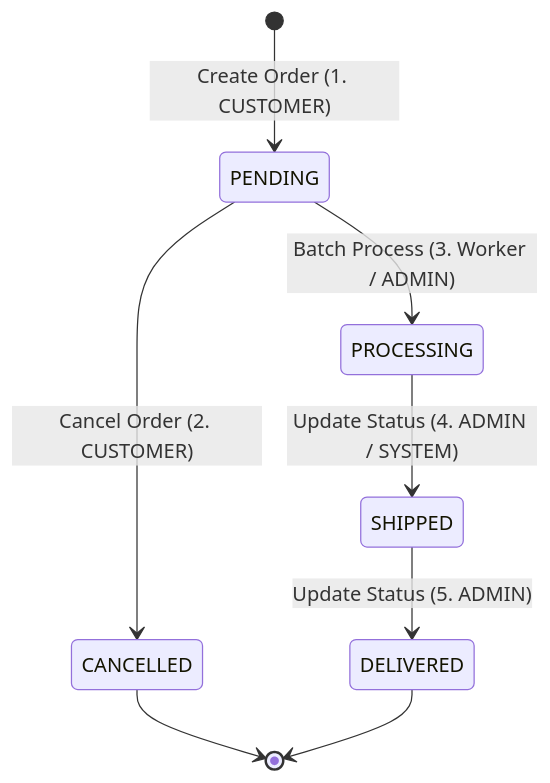
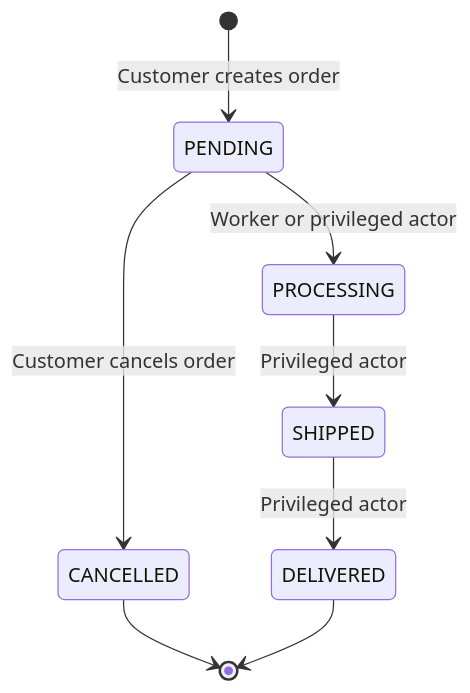
One commit to spasrichakkp/oms-go changed the second of 3 diagrams in README.md. Above: the diagram before and after it, drawn with Mermaid. The commit also changed other lines of this file, not shown here.

````diff
--- a/README.md
+++ b/README.md
@@ -38,13 +56,10 @@
 ```mermaid
 stateDiagram-v2
-    [*] --> PENDING : Create Order (1. CUSTOMER)
-    
-    PENDING --> CANCELLED : Cancel Order (2. CUSTOMER)
-    PENDING --> PROCESSING : Batch Process (3. Worker / ADMIN)
-    
-    PROCESSING --> SHIPPED : Update Status (4. ADMIN / SYSTEM)
-    SHIPPED --> DELIVERED : Update Status (5. ADMIN)
-    
+    [*] --> PENDING : Customer creates order
+    PENDING --> CANCELLED : Customer cancels order
+    PENDING --> PROCESSING : Worker or privileged actor
+    PROCESSING --> SHIPPED : Privileged actor
+    SHIPPED --> DELIVERED : Privileged actor
     CANCELLED --> [*]
     DELIVERED --> [*]
 ```
````
